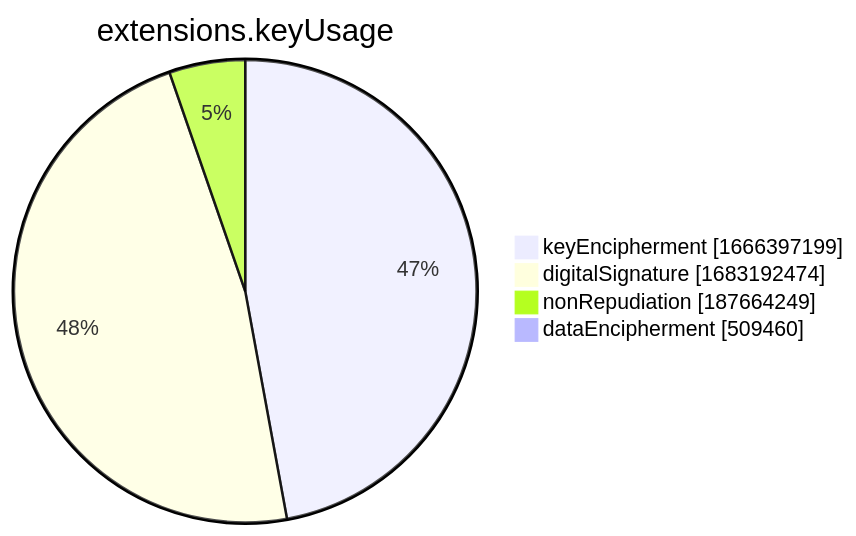
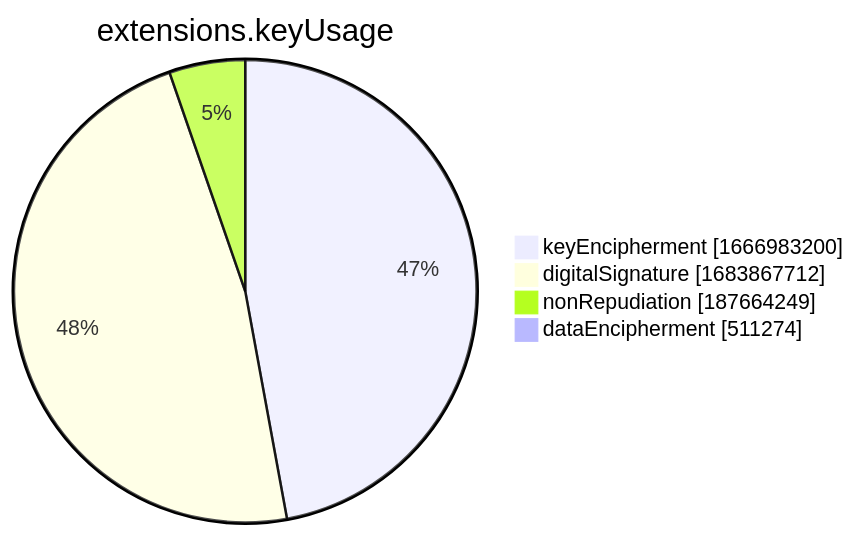
One commit to christiankrug/ctmonitor_visualization changed the seventh of 15 diagrams in xenon2022/README.md. Above: the diagram before and after it, drawn with Mermaid. The commit also changed other lines of this file, not shown here.

````diff
--- a/xenon2022/README.md
+++ b/xenon2022/README.md
@@ -2857,8 +2857,8 @@
 ```mermaid
 pie showData
 title extensions.keyUsage
-"keyEncipherment" :1666397199
-"digitalSignature" :1683192474
+"keyEncipherment" :1666983200
+"digitalSignature" :1683867712
 "nonRepudiation" :187664249
-"dataEncipherment" :509460
+"dataEncipherment" :511274
 ```
````
